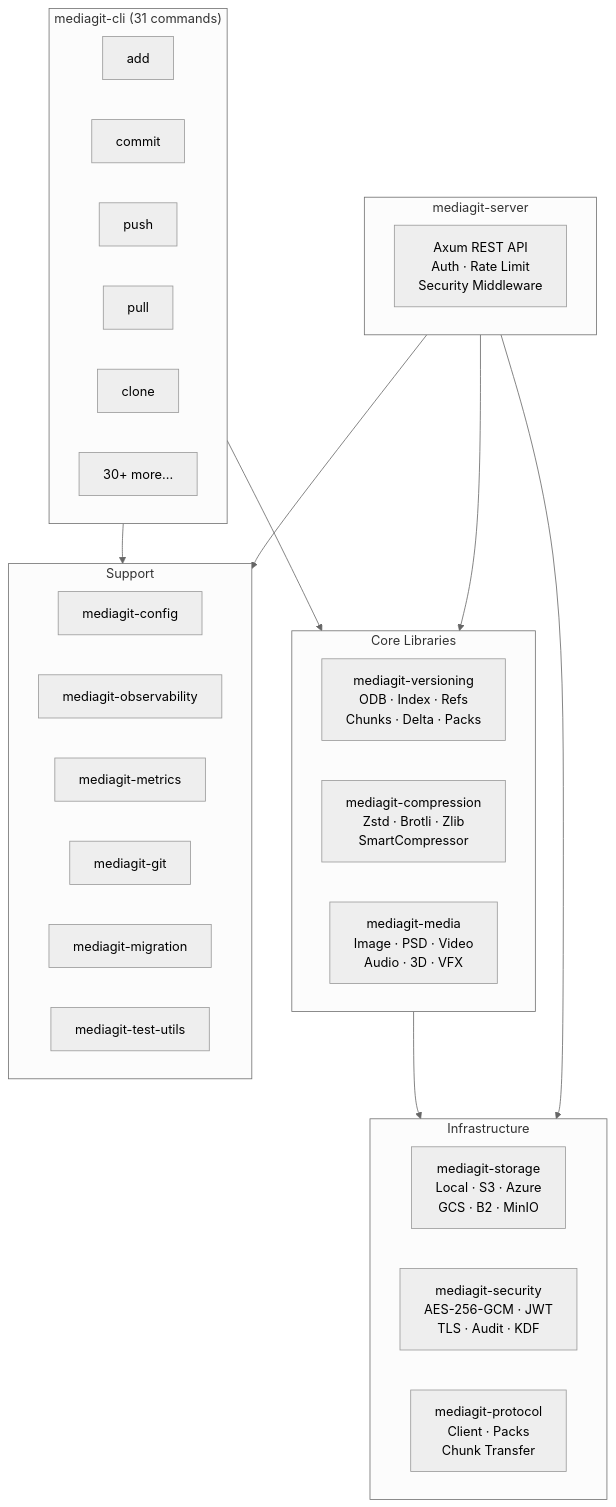
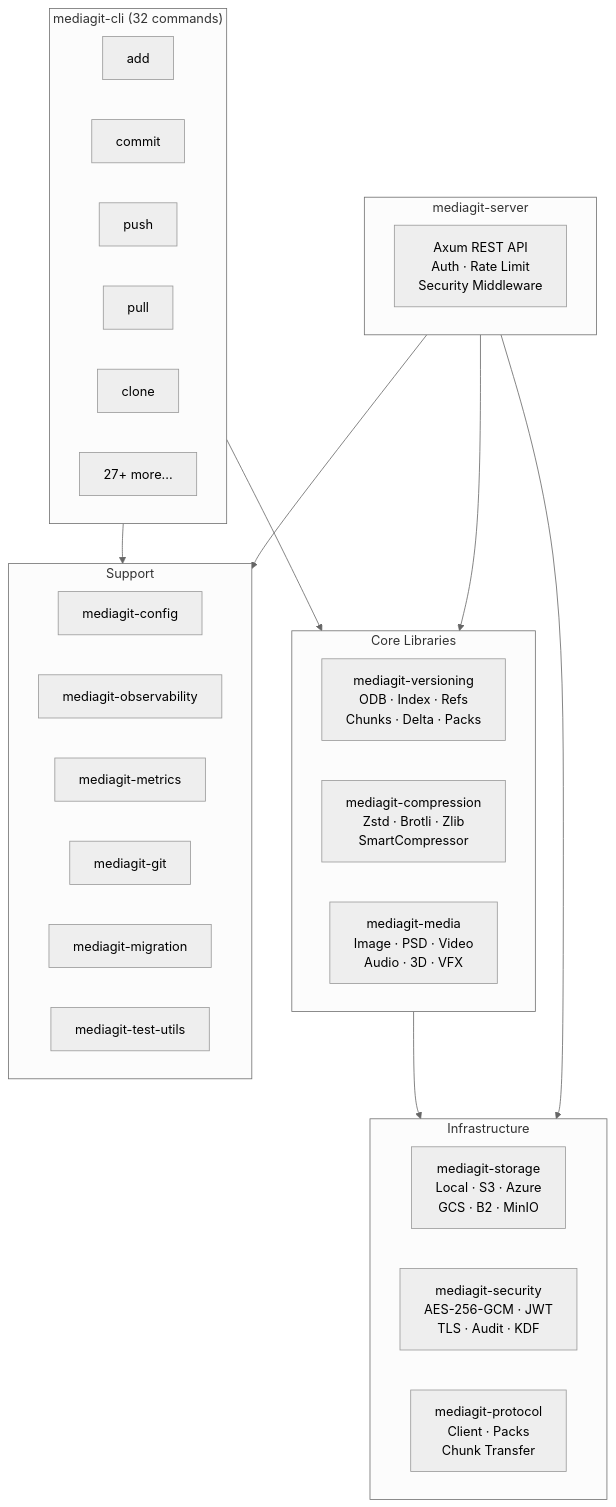
One commit to winnyboy5/mediagit-core changed the first of 12 diagrams in ARCHITECTURE.md. Above: the diagram before and after it, drawn with Mermaid (neutral theme). The commit also changed other lines of this file and 36 other files, not shown here.

````diff
--- a/ARCHITECTURE.md
+++ b/ARCHITECTURE.md
@@ -10,43 +10,43 @@
 ```mermaid
 graph TD
-    subgraph CLI["mediagit-cli (31 commands)"]
+    subgraph CLI["mediagit-cli (32 commands)"]
         ADD["add"]
         COMMIT["commit"]
         PUSH["push"]
         PULL["pull"]
         CLONE["clone"]
-        OTHER["30+ more..."]
+        OTHER["27+ more..."]
     end
 
     subgraph Core["Core Libraries"]
         VER["mediagit-versioning<br/>ODB · Index · Refs<br/>Chunks · Delta · Packs"]
         COMP["mediagit-compression<br/>Zstd · Brotli · Zlib<br/>SmartCompressor"]
         MEDIA["mediagit-media<br/>Image · PSD · Video<br/>Audio · 3D · VFX"]
     end
 
     subgraph Infra["Infrastructure"]
         STORE["mediagit-storage<br/>Local · S3 · Azure<br/>GCS · B2 · MinIO"]
         SEC["mediagit-security<br/>AES-256-GCM · JWT<br/>TLS · Audit · KDF"]
         PROTO["mediagit-protocol<br/>Client · Packs<br/>Chunk Transfer"]
     end
 
     subgraph Support["Support"]
         CFG["mediagit-config"]
         OBS["mediagit-observability"]
         MET["mediagit-metrics"]
         GIT["mediagit-git"]
         MIG["mediagit-migration"]
         TEST["mediagit-test-utils"]
     end
 
     subgraph Server["mediagit-server"]
         AXUM["Axum REST API<br/>Auth · Rate Limit<br/>Security Middleware"]
     end
 
     CLI --> Core
     Core --> Infra
     Server --> Core
     Server --> Infra
     CLI --> Support
     Server --> Support
 ```
````
